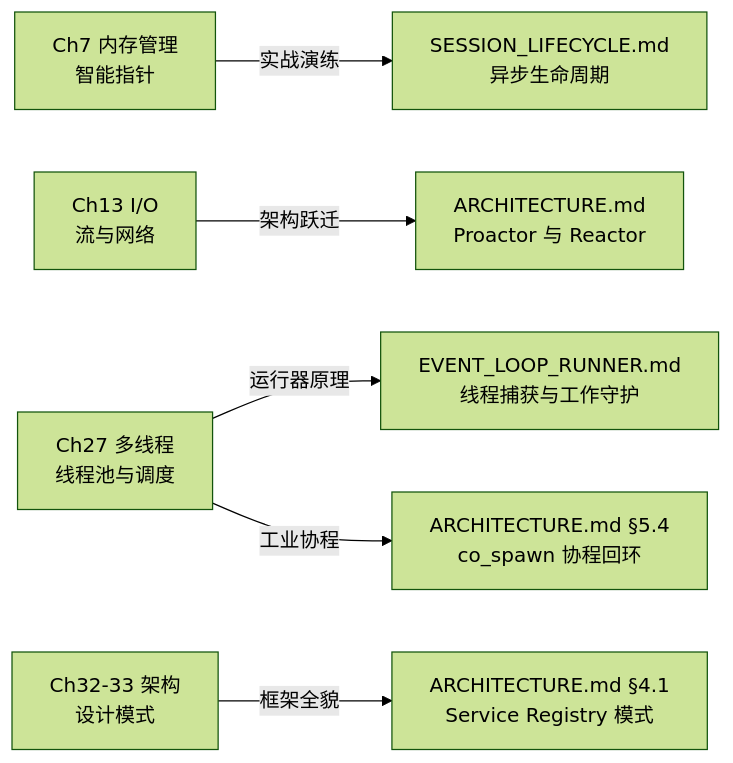
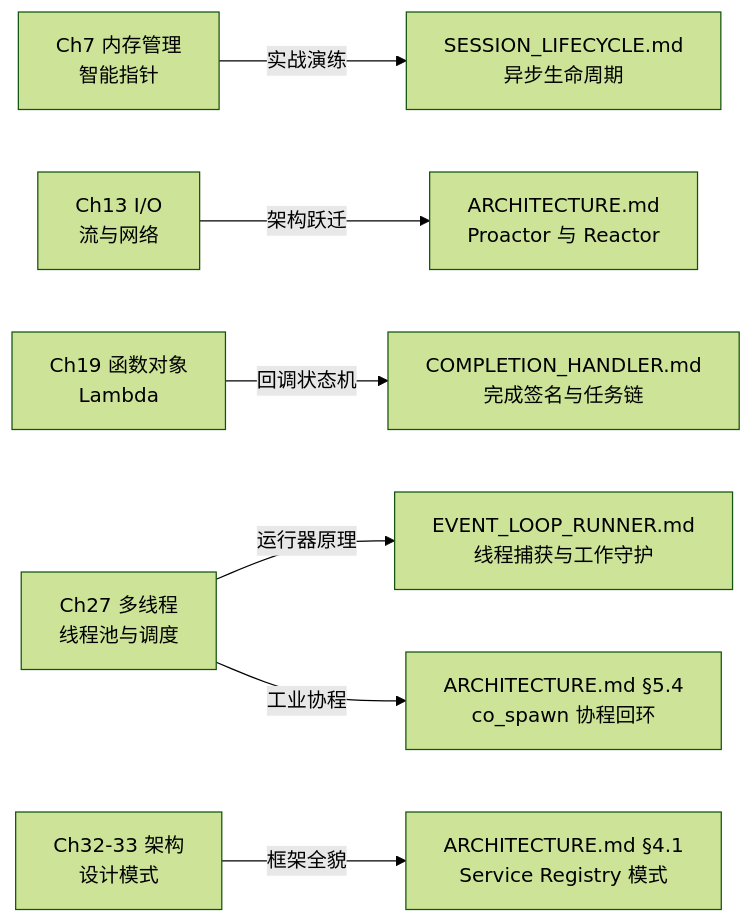
Before and after one commit to luckyJimLu/professional-cpp-learning: the diagram in frameworks/asio/README.md, drawn with Mermaid (forest theme). The commit also changed other lines of this file and 3 other files, not shown here.

Commit message:
docs(asio): add completion handler deep-dive document to frameworks/asio

````diff
--- a/frameworks/asio/README.md
+++ b/frameworks/asio/README.md
@@ -37,8 +38,9 @@
 ```mermaid
 flowchart LR
     Ch7["Ch7 内存管理<br/>智能指针"] -->|"实战演练"| DocLife["SESSION_LIFECYCLE.md<br/>异步生命周期"]
     Ch13["Ch13 I/O<br/>流与网络"] -->|"架构跃迁"| DocArch["ARCHITECTURE.md<br/>Proactor 与 Reactor"]
+    Ch19["Ch19 函数对象<br/>Lambda"] -->|"回调状态机"| DocHandler["COMPLETION_HANDLER.md<br/>完成签名与任务链"]
     Ch27["Ch27 多线程<br/>线程池与调度"] -->|"运行器原理"| DocRunner["EVENT_LOOP_RUNNER.md<br/>线程捕获与工作守护"]
     Ch27 -->|"工业协程"| DocCoro["ARCHITECTURE.md §5.4<br/>co_spawn 协程回环"]
     Ch32["Ch32-33 架构<br/>设计模式"] -->|"框架全貌"| DocSvc["ARCHITECTURE.md §4.1<br/>Service Registry 模式"]
 ```
````
